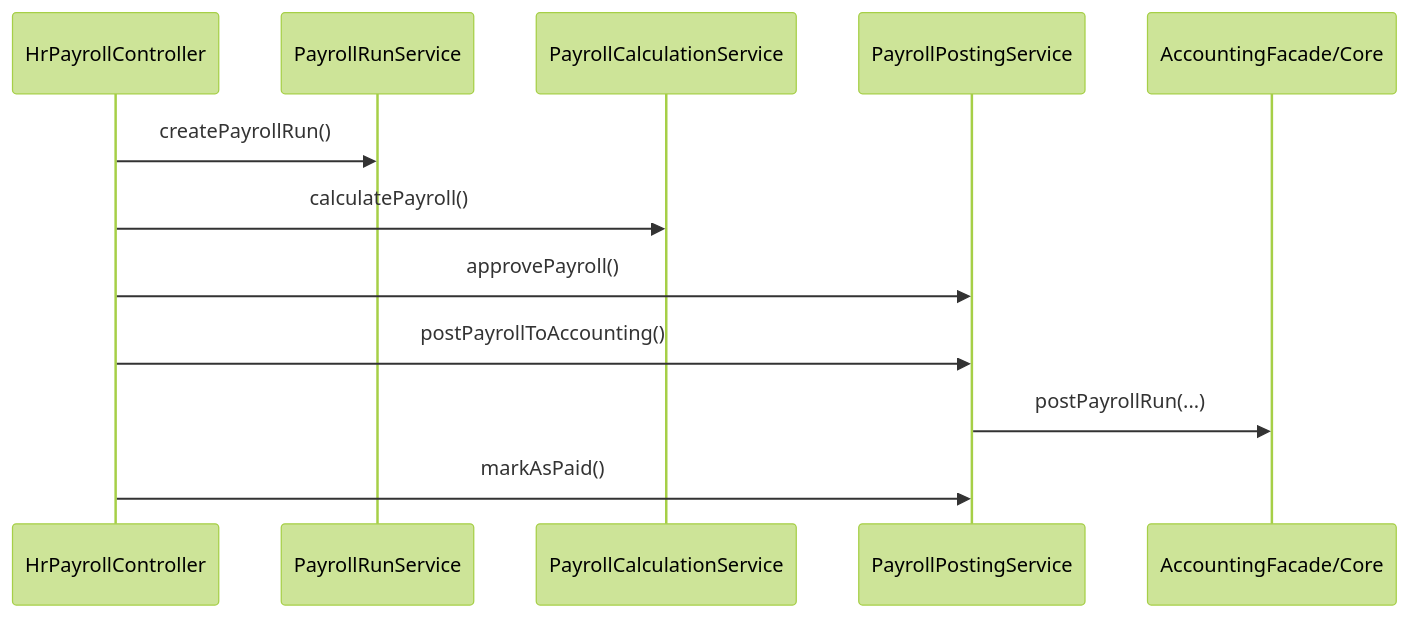
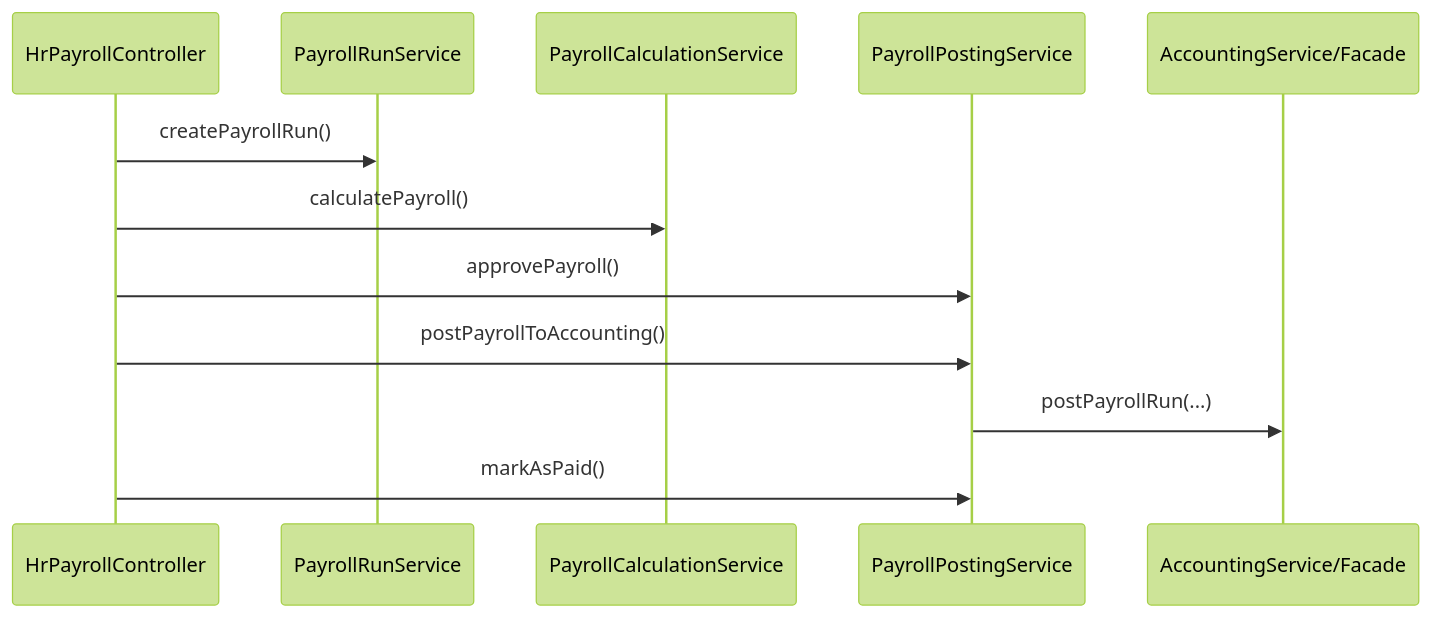
Before and after one commit to anasibnanwar-XYE/bigbrightpaints-erp: the fifth of 8 diagrams in docs/ARCHITECTURE.md, drawn with Mermaid (forest theme). The commit also changed other lines of this file and 4 other files, not shown here.

````diff
--- a/docs/ARCHITECTURE.md
+++ b/docs/ARCHITECTURE.md
@@ -157,15 +158,15 @@
 ```mermaid
 sequenceDiagram
     participant HC as HrPayrollController
     participant PR as PayrollRunService
     participant PC as PayrollCalculationService
     participant PP as PayrollPostingService
-    participant AC as AccountingFacade/Core
+    participant AC as AccountingService/Facade
 
     HC->>PR: createPayrollRun()
     HC->>PC: calculatePayroll()
     HC->>PP: approvePayroll()
     HC->>PP: postPayrollToAccounting()
     PP->>AC: postPayrollRun(...)
     HC->>PP: markAsPaid()
 ```
````
